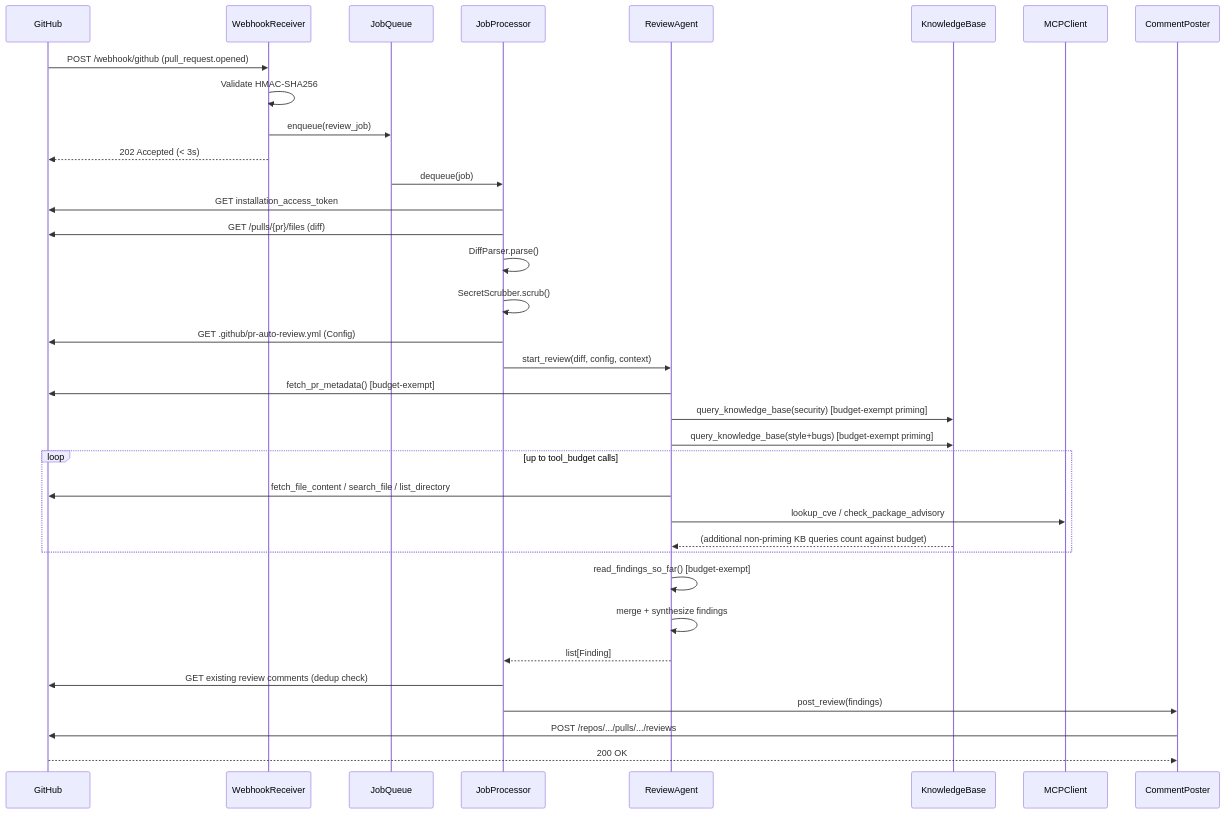
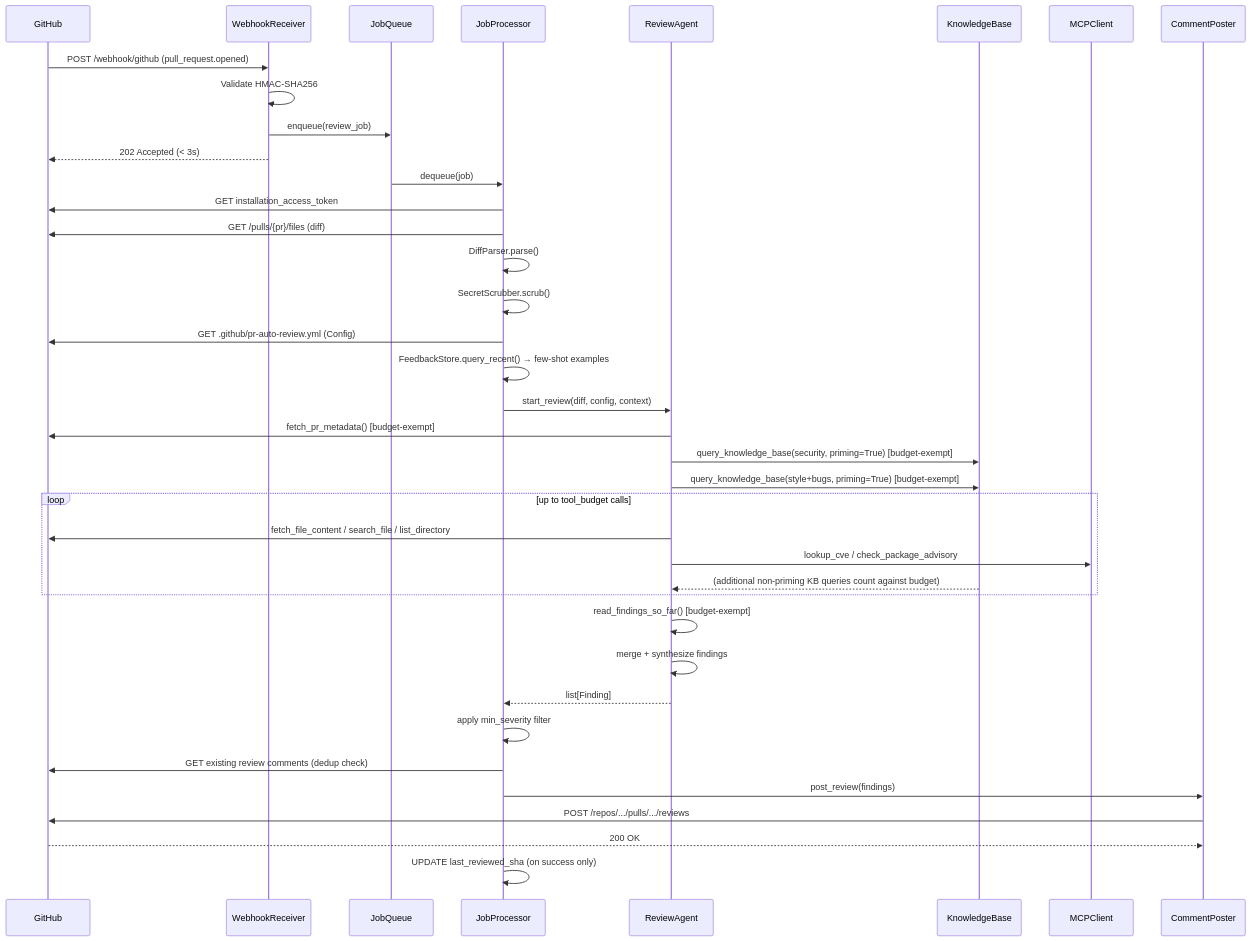
Before and after one commit to moonlightbeamer/titanium-engineer-app: the first of 4 diagrams in .kiro/specs/github-pr-auto-review/design.md, drawn with Mermaid. The commit also changed other lines of this file and 1 other file, not shown here.

````diff
--- a/.kiro/specs/github-pr-auto-review/design.md
+++ b/.kiro/specs/github-pr-auto-review/design.md
@@ -407,43 +553,46 @@
 ```mermaid
 sequenceDiagram
     participant GH as GitHub
     participant WR as WebhookReceiver
     participant Q as JobQueue
     participant JP as JobProcessor
     participant RA as ReviewAgent
     participant KB as KnowledgeBase
     participant MCP as MCPClient
     participant CP as CommentPoster
 
     GH->>WR: POST /webhook/github (pull_request.opened)
     WR->>WR: Validate HMAC-SHA256
     WR->>Q: enqueue(review_job)
     WR-->>GH: 202 Accepted (< 3s)
 
     Q->>JP: dequeue(job)
     JP->>GH: GET installation_access_token
     JP->>GH: GET /pulls/{pr}/files (diff)
     JP->>JP: DiffParser.parse()
     JP->>JP: SecretScrubber.scrub()
     JP->>GH: GET .github/pr-auto-review.yml (Config)
+    JP->>JP: FeedbackStore.query_recent() → few-shot examples
 
     JP->>RA: start_review(diff, config, context)
     RA->>GH: fetch_pr_metadata() [budget-exempt]
-    RA->>KB: query_knowledge_base(security) [budget-exempt priming]
-    RA->>KB: query_knowledge_base(style+bugs) [budget-exempt priming]
+    RA->>KB: query_knowledge_base(security, priming=True) [budget-exempt]
+    RA->>KB: query_knowledge_base(style+bugs, priming=True) [budget-exempt]
 
     loop up to tool_budget calls
         RA->>GH: fetch_file_content / search_file / list_directory
         RA->>MCP: lookup_cve / check_package_advisory
         KB-->>RA: (additional non-priming KB queries count against budget)
     end
 
     RA->>RA: read_findings_so_far() [budget-exempt]
     RA->>RA: merge + synthesize findings
     RA-->>JP: list[Finding]
 
+    JP->>JP: apply min_severity filter
     JP->>GH: GET existing review comments (dedup check)
     JP->>CP: post_review(findings)
     CP->>GH: POST /repos/.../pulls/.../reviews
     GH-->>CP: 200 OK
+    JP->>JP: UPDATE last_reviewed_sha (on success only)
 ```
````
